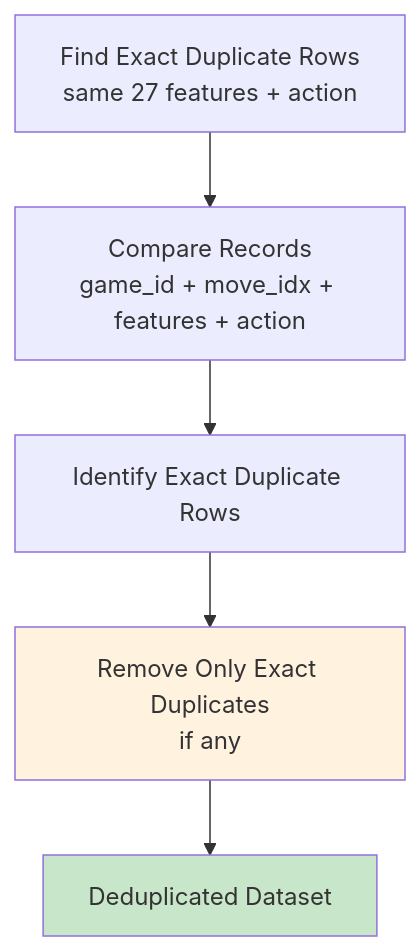
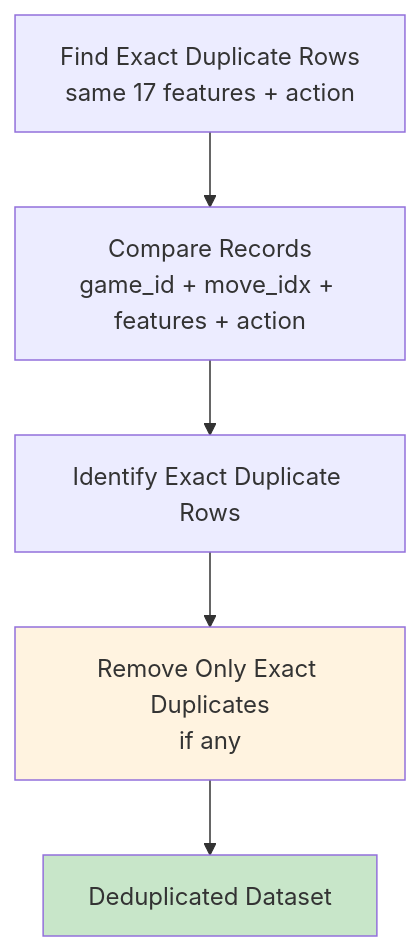
Before and after one commit to Evintkoo/2048-ml: the third of 8 diagrams in plans/06-Data/04-Preprocessing/01-data-cleaning.md, drawn with Mermaid. The commit also changed other lines of this file and 198 other files, not shown here.

````diff
--- a/plans/06-Data/04-Preprocessing/01-data-cleaning.md
+++ b/plans/06-Data/04-Preprocessing/01-data-cleaning.md
@@ -66,11 +66,11 @@
 ```mermaid
 flowchart TD
-    Dups[Find Exact Duplicate Rows<br/>same 27 features + action]
+    Dups[Find Exact Duplicate Rows<br/>same 17 features + action]
     Dups --> Compare[Compare Records<br/>game_id + move_idx + features + action]
     Compare --> Identify[Identify Exact Duplicate Rows]
     Identify --> Remove[Remove Only Exact Duplicates<br/>if any]
     Remove --> Deduped[Deduplicated Dataset]
     
     style Remove fill:#fff3e0
     style Deduped fill:#c8e6c9
 ```
````
